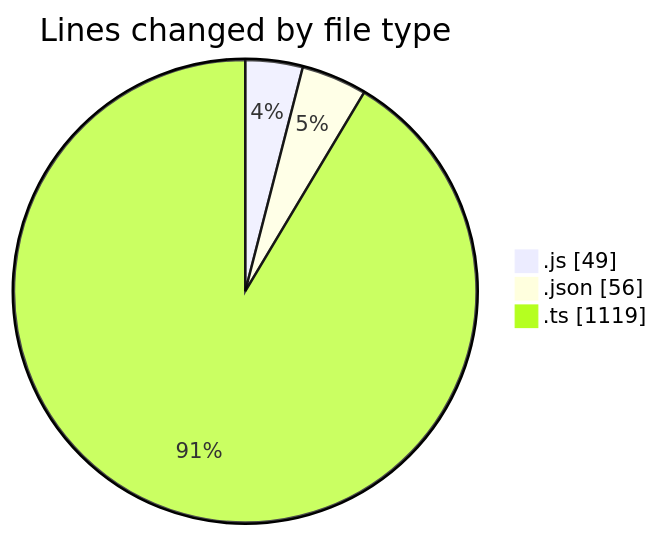
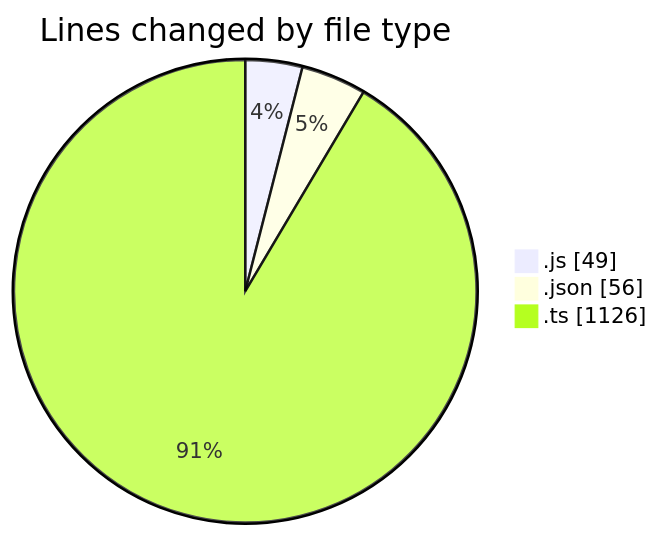
Before and after one commit to momahboobian/code-tracking: the first of 2 diagrams in 2025-09-04/cda/README.md, drawn with Mermaid. The commit also changed other lines of this file and 1 other file, not shown here.

````diff
--- a/2025-09-04/cda/README.md
+++ b/2025-09-04/cda/README.md
@@ -23,7 +23,7 @@
 ```mermaid
 pie showData
 title Lines changed by file type
 ".js" : 49
 ".json" : 56
-".ts" : 1119
+".ts" : 1126
 ```
````
